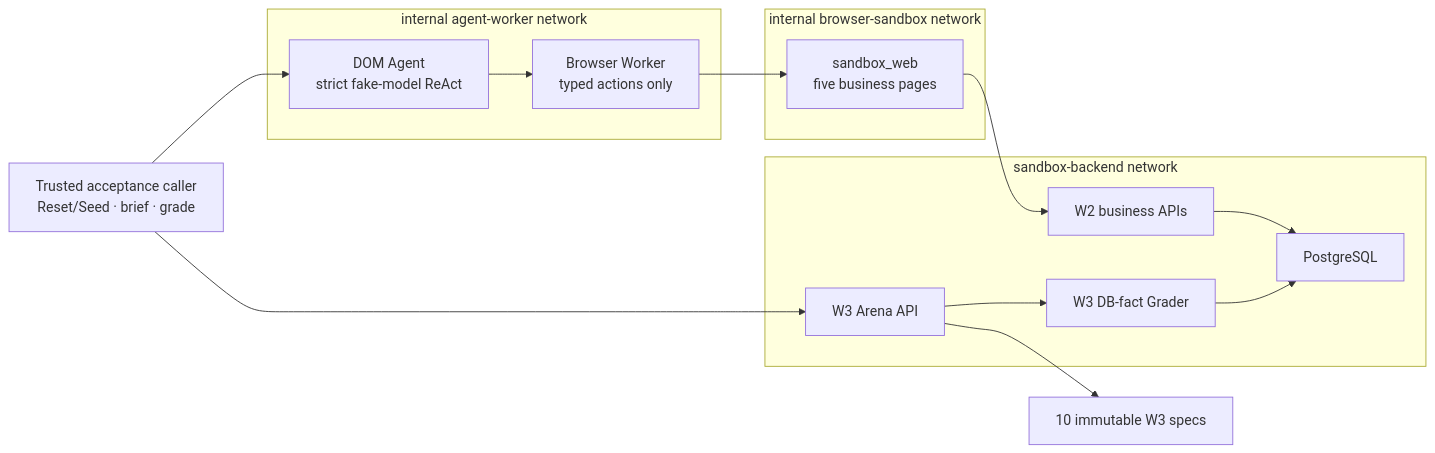
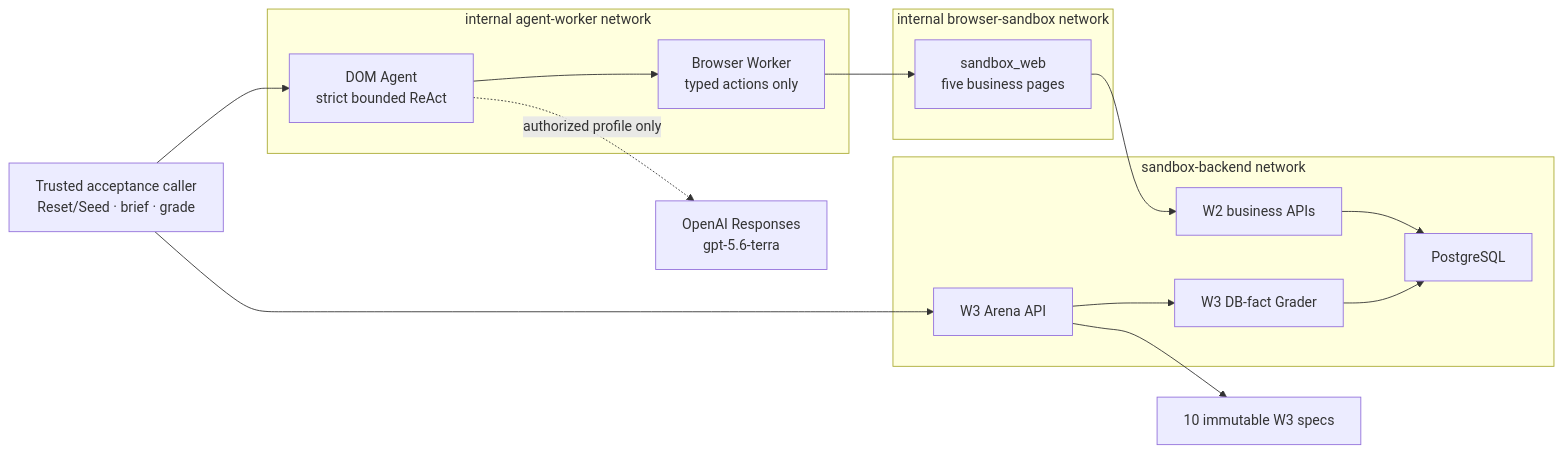
Before and after one commit to taka-wzx/flowpilot-arena: the diagram in docs/architecture.md, drawn with Mermaid. The commit also changed other lines of this file and 16 other files, not shown here.

Commit message:
feat: prepare authorized W4 model acceptance

````diff
--- a/docs/architecture.md
+++ b/docs/architecture.md
@@ -10,28 +10,29 @@
 ```mermaid
 flowchart LR
     Caller["Trusted acceptance caller\nReset/Seed · brief · grade"] --> Arena["W3 Arena API"]
-    Caller --> Agent["DOM Agent\nstrict fake-model ReAct"]
+    Caller --> Agent["DOM Agent\nstrict bounded ReAct"]
     Agent --> Worker["Browser Worker\ntyped actions only"]
+    Agent -. "authorized profile only" .-> Provider["OpenAI Responses\ngpt-5.6-terra"]
     Worker --> Web["sandbox_web\nfive business pages"]
     Web --> Business["W2 business APIs"]
     Arena --> Specs["10 immutable W3 specs"]
     Arena --> Grader["W3 DB-fact Grader"]
     Business --> DB["PostgreSQL"]
     Grader --> DB
 
     subgraph AgentNetwork["internal agent-worker network"]
         Agent
         Worker
     end
     subgraph BrowserNetwork["internal browser-sandbox network"]
         Worker
         Web
     end
     subgraph SandboxNetwork["sandbox-backend network"]
         Web
         Business
         Arena
         Grader
         DB
     end
 ```
````
